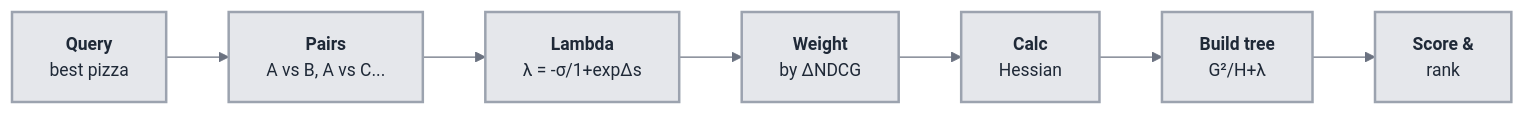
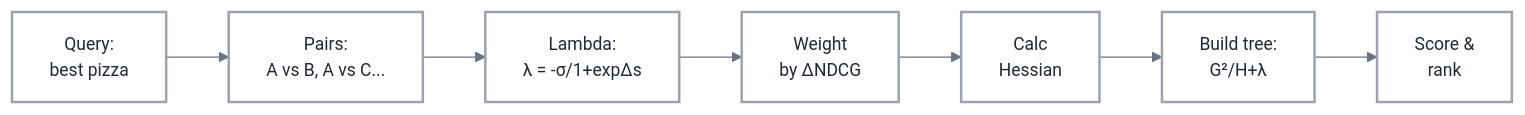
One commit to saraswatmks/saraswatmks.github.com changed the second of 4 diagrams in _posts/2026/2026-02-07-lightgbm_pairwise_lambdarank.md. Above: the diagram before and after it, drawn with Mermaid. The commit also changed other lines of this file, not shown here.

````diff
--- a/_posts/2026/2026-02-07-lightgbm_pairwise_lambdarank.md
+++ b/_posts/2026/2026-02-07-lightgbm_pairwise_lambdarank.md
@@ -127,31 +134,30 @@
 ```mermaid
 %%{init: {
   'theme': 'base',
   'themeVariables': {
-    'primaryColor': '#E5E7EB',
+    'primaryColor': '#FFFFFF',
     'primaryTextColor': '#1F2937',
     'primaryBorderColor': '#9CA3AF',
     'lineColor': '#6B7280',
     'fontSize': '14px',
-    'fontFamily': 'system-ui, -apple-system, sans-serif',
-    'background': '#F3F4F6'
+    'fontFamily': 'system-ui, -apple-system, sans-serif'
   }
 }}%%
 
 flowchart LR
-    A[<b>Query</b><br/>best pizza] --> B[<b>Pairs</b><br/>A vs B, A vs C...]
-    B --> C[<b>Lambda</b><br/>λ = -σ/1+exp∆s]
-    C --> D[<b>Weight</b><br/>by ∆NDCG]
-    D --> E[<b>Calc</b><br/>Hessian]
-    E --> F[<b>Build tree</b><br/>G²/H+λ]
-    F --> G[<b>Score &</b><br/>rank]
+    A[Query:<br/>best pizza] --> B[Pairs:<br/>A vs B, A vs C...]
+    B --> C[Lambda:<br/>λ = -σ/1+exp∆s]
+    C --> D[Weight<br/>by ∆NDCG]
+    D --> E[Calc<br/>Hessian]
+    E --> F[Build tree:<br/>G²/H+λ]
+    F --> G[Score &<br/>rank]
 
-    style A fill:#E5E7EB,stroke:#9CA3AF,stroke-width:2px,color:#1F2937
-    style B fill:#E5E7EB,stroke:#9CA3AF,stroke-width:2px,color:#1F2937
-    style C fill:#E5E7EB,stroke:#9CA3AF,stroke-width:2px,color:#1F2937
-    style D fill:#E5E7EB,stroke:#9CA3AF,stroke-width:2px,color:#1F2937
-    style E fill:#E5E7EB,stroke:#9CA3AF,stroke-width:2px,color:#1F2937
-    style F fill:#E5E7EB,stroke:#9CA3AF,stroke-width:2px,color:#1F2937
-    style G fill:#E5E7EB,stroke:#9CA3AF,stroke-width:2px,color:#1F2937
+    style A fill:#FFFFFF,stroke:#9CA3AF,stroke-width:2px,color:#1F2937
+    style B fill:#FFFFFF,stroke:#9CA3AF,stroke-width:2px,color:#1F2937
+    style C fill:#FFFFFF,stroke:#9CA3AF,stroke-width:2px,color:#1F2937
+    style D fill:#FFFFFF,stroke:#9CA3AF,stroke-width:2px,color:#1F2937
+    style E fill:#FFFFFF,stroke:#9CA3AF,stroke-width:2px,color:#1F2937
+    style F fill:#FFFFFF,stroke:#9CA3AF,stroke-width:2px,color:#1F2937
+    style G fill:#FFFFFF,stroke:#9CA3AF,stroke-width:2px,color:#1F2937
 
 ```
````
